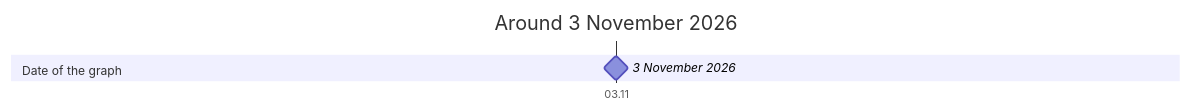
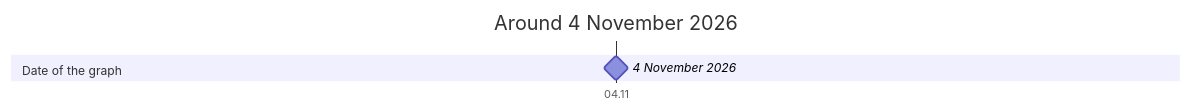
Before and after one commit to advancedcognitivesystems-ai/trame: the diagram in docs/timeline.md, drawn with Mermaid. The commit also changed other lines of this file and 127 other files, not shown here.

First line of the commit message:
C1: a library ships its versions through its own graph

````diff
--- a/docs/timeline.md
+++ b/docs/timeline.md
@@ -5,8 +5,8 @@
 ```mermaid
 gantt
   dateFormat YYYY-MM-DD
   axisFormat %d.%m
-  title Around 3 November 2026
+  title Around 4 November 2026
   section Date of the graph
-    3 November 2026 : milestone, 2026-11-03, 0d
+    4 November 2026 : milestone, 2026-11-04, 0d
 ```
````
